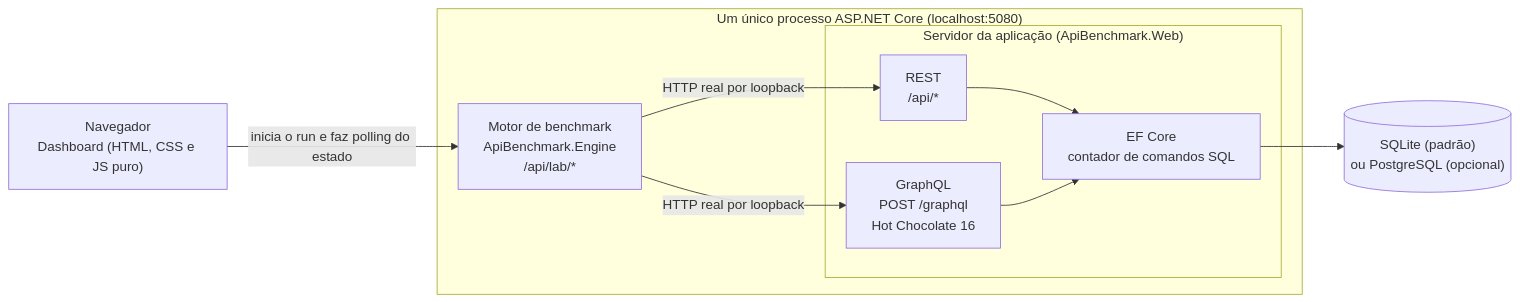
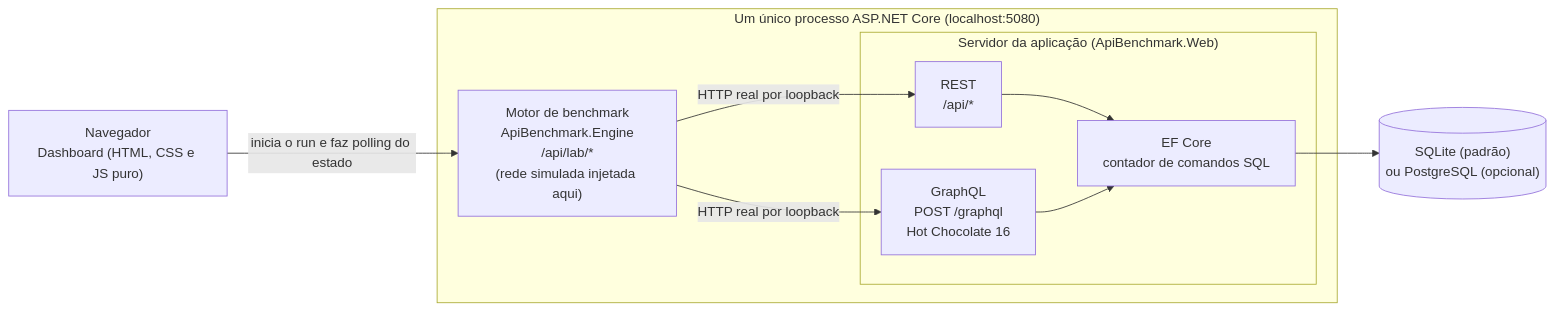
One commit to fermaziero/API-Performance-Lab-GraphQL-X-Rest changed the diagram in README.md. Above: the diagram before and after it, drawn with Mermaid. The commit also changed other lines of this file and 20 other files, not shown here.

First line of the commit message:
feat: cenário de carga em volume, padrões por cenário e revisão da rede simulada

````diff
--- a/README.md
+++ b/README.md
@@ -76,22 +88,22 @@
 ```mermaid
 flowchart LR
     NAV["Navegador<br/>Dashboard (HTML, CSS e JS puro)"]
 
     subgraph PROC["Um único processo ASP.NET Core (localhost:5080)"]
-        MOT["Motor de benchmark<br/>ApiBenchmark.Engine<br/>/api/lab/*"]
+        MOT["Motor de benchmark<br/>ApiBenchmark.Engine<br/>/api/lab/*<br/>(rede simulada injetada aqui)"]
         subgraph SRV["Servidor da aplicação (ApiBenchmark.Web)"]
             REST["REST<br/>/api/*"]
             GQL["GraphQL<br/>POST /graphql<br/>Hot Chocolate 16"]
             EF["EF Core<br/>contador de comandos SQL"]
         end
     end
 
     DB[("SQLite (padrão)<br/>ou PostgreSQL (opcional)")]
 
     NAV -->|"inicia o run e faz polling do estado"| MOT
     MOT -->|"HTTP real por loopback"| REST
     MOT -->|"HTTP real por loopback"| GQL
     REST --> EF
     GQL --> EF
     EF --> DB
 ```
````
